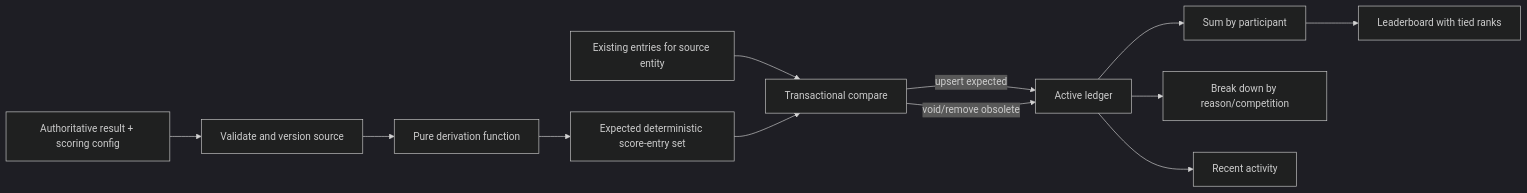
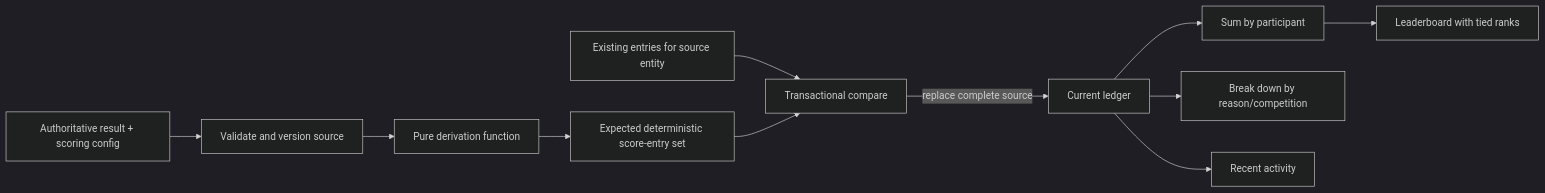
One commit to so-mb/games-and-castles changed the third of 3 diagrams in docs/game-rules.md. Above: the diagram before and after it, drawn with Mermaid (dark theme). The commit also changed other lines of this file and 44 other files, not shown here.

````diff
--- a/docs/game-rules.md
+++ b/docs/game-rules.md
@@ -332,14 +329,13 @@
 ```mermaid
 flowchart LR
     R["Authoritative result + scoring config"] --> V["Validate and version source"]
     V --> D["Pure derivation function"]
     D --> E["Expected deterministic score-entry set"]
     X["Existing entries for source entity"] --> C["Transactional compare"]
     E --> C
-    C -->|"upsert expected"| L["Active ledger"]
-    C -->|"void/remove obsolete"| L
+    C -->|"replace complete source"| L["Current ledger"]
     L --> T["Sum by participant"]
     L --> B["Break down by reason/competition"]
     L --> A["Recent activity"]
     T --> Q["Leaderboard with tied ranks"]
 ```
````
